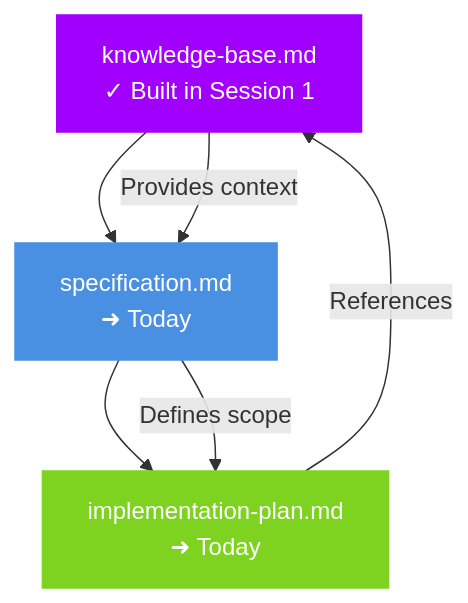
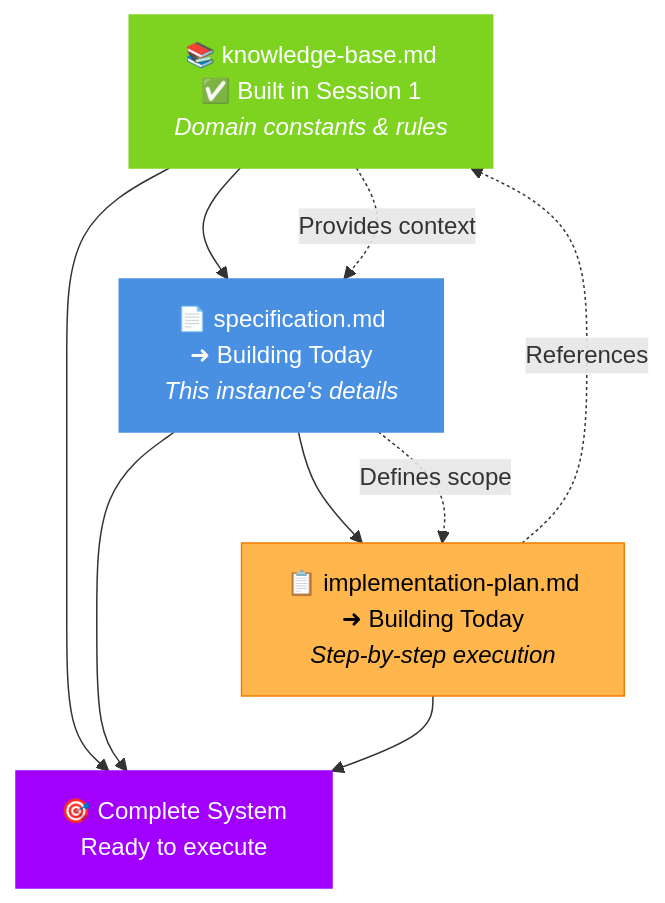
Before and after one commit to josephrobertlopez/prompt-engineering-bootcamp: the third of 7 diagrams in bootcamp-materials/presentations/session-2-specification-implementation.md, drawn with Mermaid. The commit also changed other lines of this file and 3 other files, not shown here.

First line of the commit message:
Enhance presentation intros with visual diagrams and better UX

````diff
--- a/bootcamp-materials/presentations/session-2-specification-implementation.md
+++ b/bootcamp-materials/presentations/session-2-specification-implementation.md
@@ -35,13 +68,19 @@
 ```mermaid
 flowchart TD
-    KB[knowledge-base.md<br/>✓ Built in Session 1] --> SPEC[specification.md<br/>➜ Today]
-    SPEC --> IMPL[implementation-plan.md<br/>➜ Today]
+    KB[📚 knowledge-base.md<br/>✅ Built in Session 1<br/><i>Domain constants & rules</i>] --> SPEC[📄 specification.md<br/>➜ Building Today<br/><i>This instance's details</i>]
+    SPEC --> IMPL[📋 implementation-plan.md<br/>➜ Building Today<br/><i>Step-by-step execution</i>]
 
-    KB --> |Provides context| SPEC
-    SPEC --> |Defines scope| IMPL
-    IMPL --> |References| KB
+    KB -.->|Provides context| SPEC
+    SPEC -.->|Defines scope| IMPL
+    IMPL -.->|References| KB
 
-    style KB fill:#A100FF,stroke:#A100FF,color:#fff
+    COMPLETE[🎯 Complete System<br/>Ready to execute]
+    KB --> COMPLETE
+    SPEC --> COMPLETE
+    IMPL --> COMPLETE
+
+    style KB fill:#7ED321,stroke:#7ED321,color:#fff
     style SPEC fill:#4A90E2,stroke:#4A90E2,color:#fff
-    style IMPL fill:#7ED321,stroke:#7ED321,color:#fff
+    style IMPL fill:#FFB74D,stroke:#F57C00,color:#000
+    style COMPLETE fill:#A100FF,stroke:#A100FF,color:#fff
 ```
````
